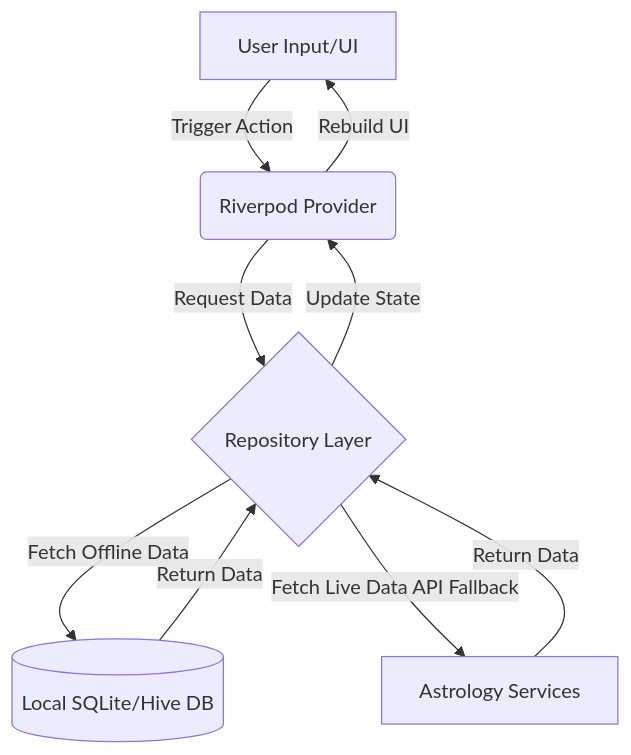
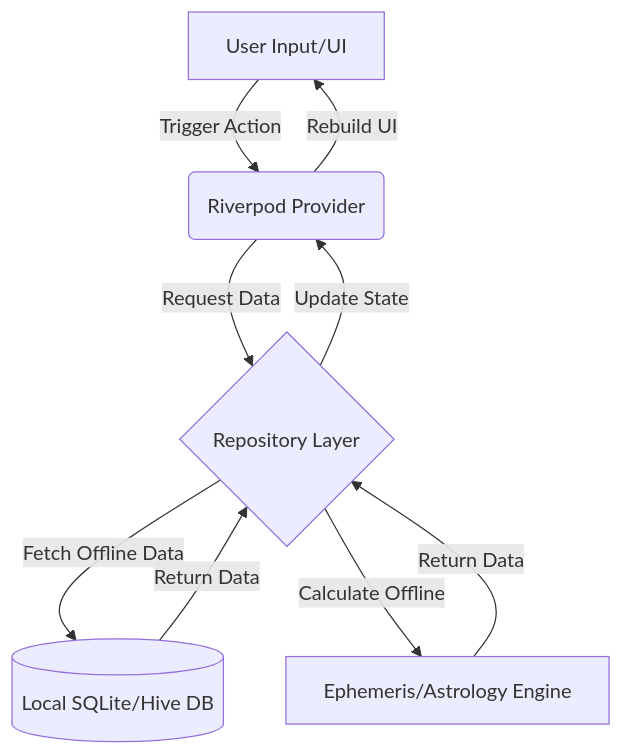
The diagram in README.md (karanks6/CosmicVed), drawn with Mermaid before and after one commit. The commit also changed other lines of this file, not shown here.

````diff
--- a/README.md
+++ b/README.md
@@ -90,11 +90,11 @@
 ```mermaid
 graph TD
     A[User Input/UI] -->|Trigger Action| B(Riverpod Provider)
     B -->|Request Data| C{Repository Layer}
     C -->|Fetch Offline Data| D[(Local SQLite/Hive DB)]
-    C -->|Fetch Live Data API Fallback| E[Astrology Services]
+    C -->|Calculate Offline| E[Ephemeris/Astrology Engine]
     D -->|Return Data| C
     E -->|Return Data| C
     C -->|Update State| B
     B -->|Rebuild UI| A
 ```
````
